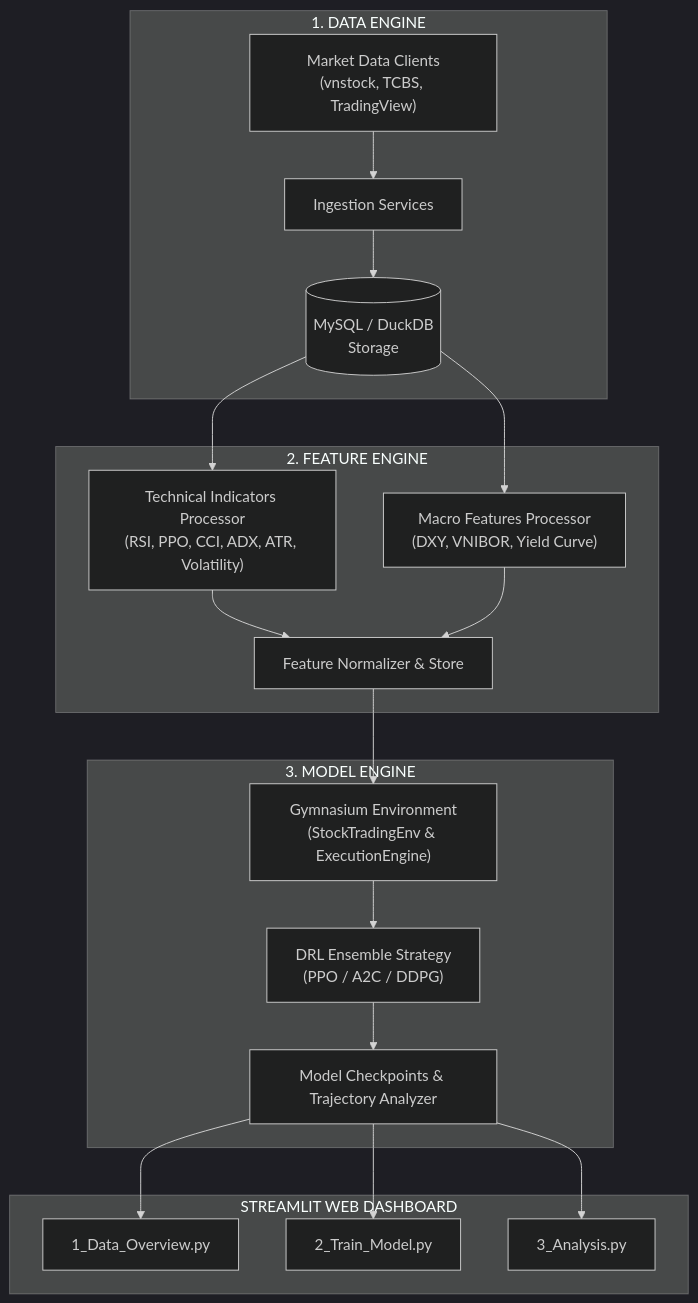
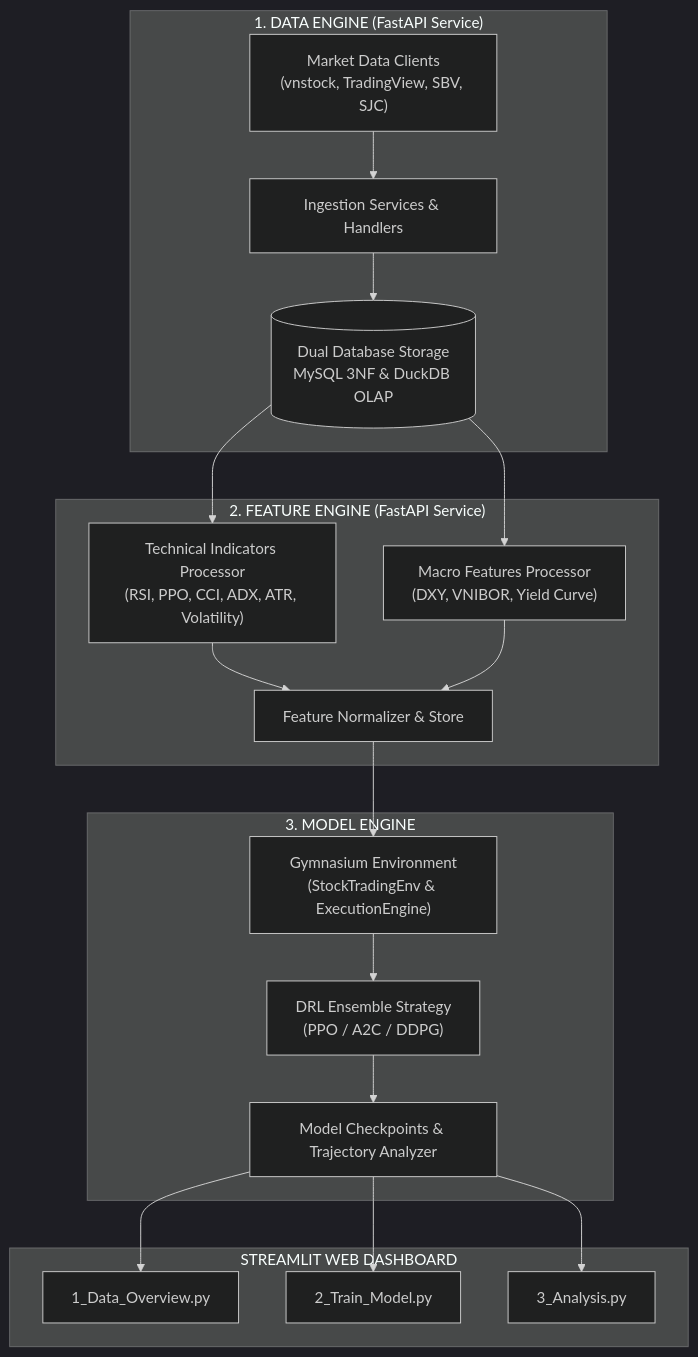
One commit to baokhanh1410/ai_quantum_2026 changed the diagram in README.md. Above: the diagram before and after it, drawn with Mermaid (dark theme). The commit also changed other lines of this file, not shown here.

First line of the commit message:
docs: Enhance README with FastAPI and REST API details

````diff
--- a/README.md
+++ b/README.md
@@ -38,25 +39,25 @@
 ```mermaid
 flowchart TD
-    subgraph SG1["1. DATA ENGINE"]
-        A1["Market Data Clients\n(vnstock, TCBS, TradingView)"] --> A2["Ingestion Services"]
-        A2 --> A3[("MySQL / DuckDB\nStorage")]
+    subgraph SG1["1. DATA ENGINE (FastAPI Service)"]
+        A1["Market Data Clients\n(vnstock, TradingView, SBV, SJC)"] --> A2["Ingestion Services & Handlers"]
+        A2 --> A3[("Dual Database Storage\nMySQL 3NF & DuckDB OLAP")]
     end
 
-    subgraph SG2["2. FEATURE ENGINE"]
+    subgraph SG2["2. FEATURE ENGINE (FastAPI Service)"]
         A3 --> B1["Technical Indicators Processor\n(RSI, PPO, CCI, ADX, ATR, Volatility)"]
         A3 --> B2["Macro Features Processor\n(DXY, VNIBOR, Yield Curve)"]
         B1 & B2 --> B3["Feature Normalizer & Store"]
     end
 
     subgraph SG3["3. MODEL ENGINE"]
         B3 --> C1["Gymnasium Environment\n(StockTradingEnv & ExecutionEngine)"]
         C1 --> C2["DRL Ensemble Strategy\n(PPO / A2C / DDPG)"]
         C2 --> C3["Model Checkpoints & Trajectory Analyzer"]
     end
 
     subgraph SG4["STREAMLIT WEB DASHBOARD"]
         C3 --> D1["1_Data_Overview.py"]
         C3 --> D2["2_Train_Model.py"]
         C3 --> D3["3_Analysis.py"]
     end
 ```
````
